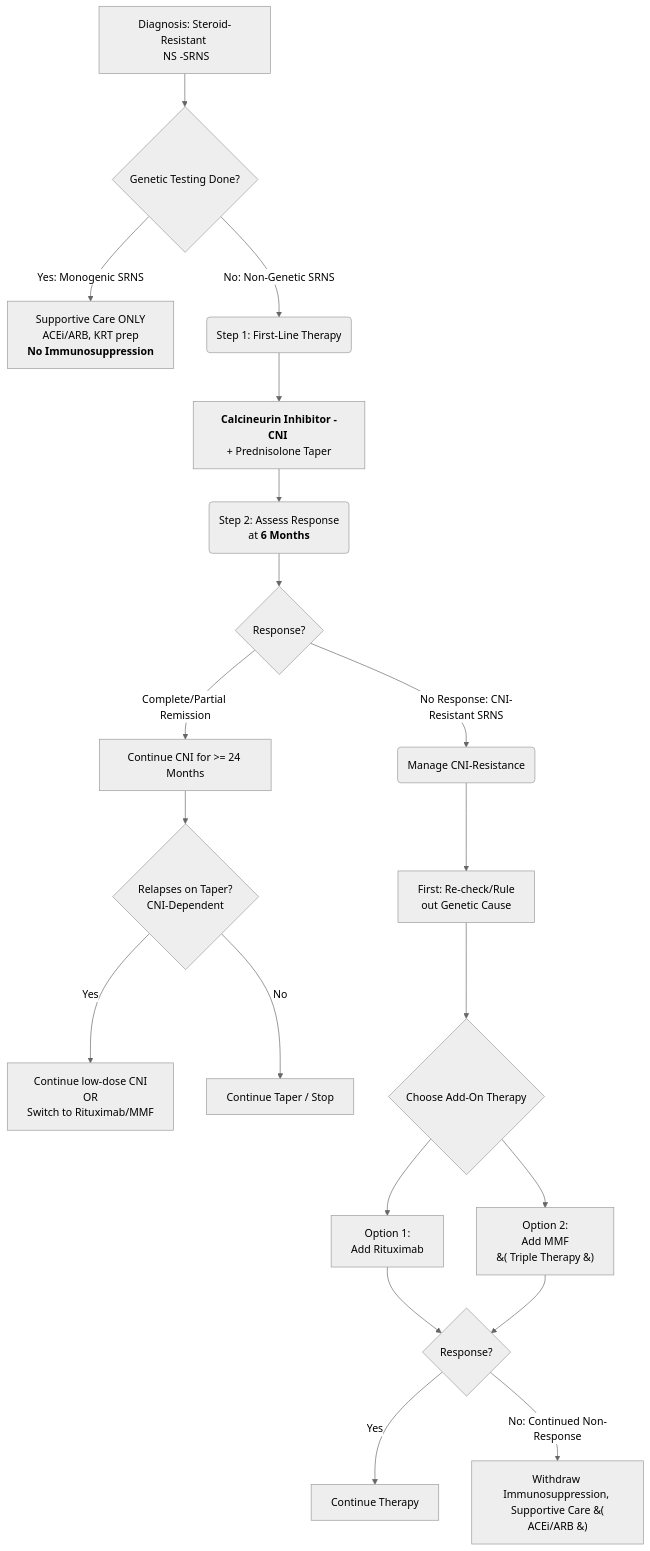
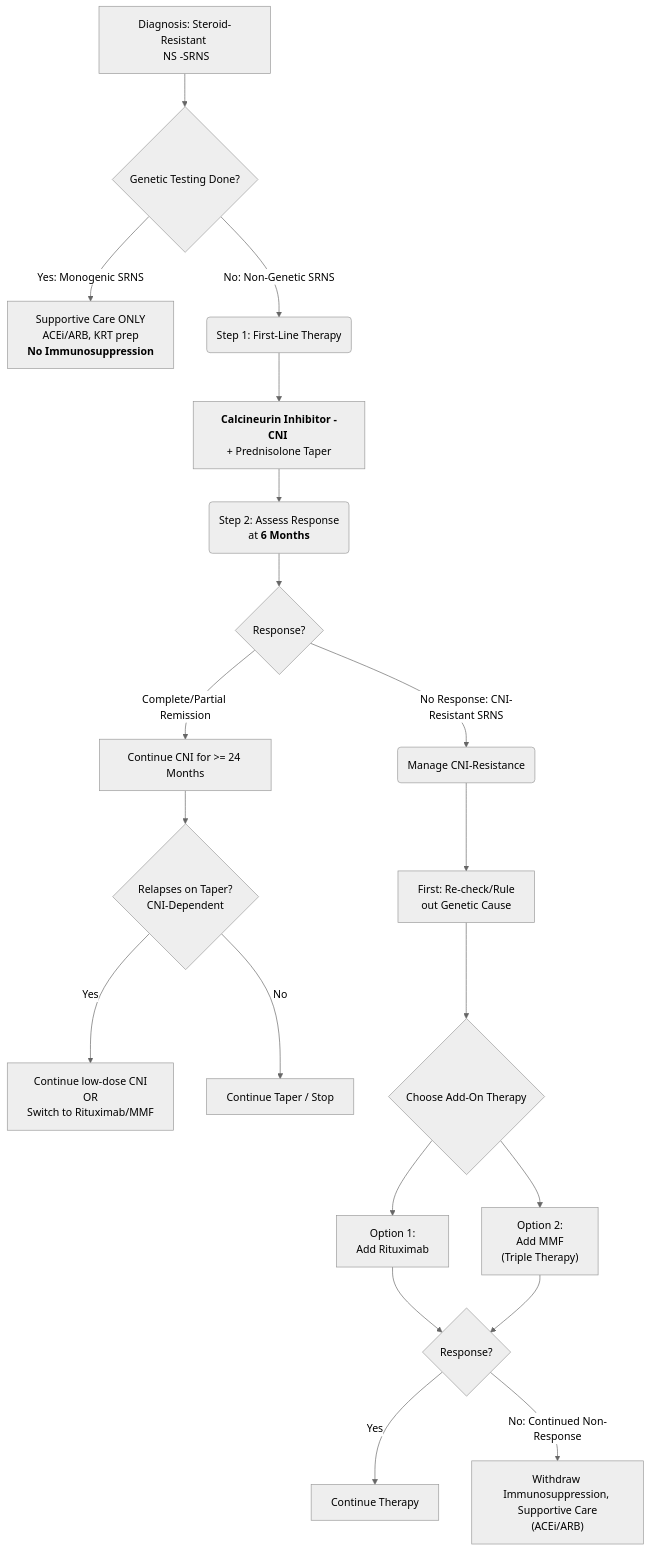
The second of 2 diagrams in src/site/notes/Nephrology/Nephrotic Syndrome.md (rubanbalaji-g/dnb-theory), drawn with Mermaid (neutral theme) before and after one commit.

Commit message:
Published multiple files

````diff
--- a/src/site/notes/Nephrology/Nephrotic Syndrome.md
+++ b/src/site/notes/Nephrology/Nephrotic Syndrome.md
@@ -147,22 +147,22 @@
 ```mermaid
 graph TD
     A[Diagnosis: Steroid-Resistant <br> NS -SRNS] --> B{Genetic Testing Done?};
     B -- Yes: Monogenic SRNS --> C[Supportive Care ONLY <br>ACEi/ARB, KRT prep <br> <b>No Immunosuppression</b>];
     B -- No: Non-Genetic SRNS --> D(Step 1: First-Line Therapy);
     D --> E[<b>Calcineurin Inhibitor -CNI</b> <br>+ Prednisolone Taper];
     E --> F(Step 2: Assess Response <br>at <b>6 Months</b>);
     F --> G{Response?};
     G -- Complete/Partial Remission --> H[Continue CNI for >= 24 Months];
     H --> I{Relapses on Taper? <br>CNI-Dependent};
     I -- Yes --> J[Continue low-dose CNI <br>OR<br> Switch to Rituximab/MMF];
     I -- No --> K[Continue Taper / Stop];
     G -- No Response: CNI-Resistant SRNS --> L(Manage CNI-Resistance);
     L --> M[First: Re-check/Rule <br>out Genetic Cause];
     M --> N{Choose Add-On Therapy};
     N --> O[Option 1: <br>Add Rituximab];
-    N --> P[Option 2: <br>Add MMF <br>&#40; Triple Therapy &#41;];
+    N --> P[Option 2: <br>Add MMF <br>#40;Triple Therapy#41;];
     O --> Q{Response?};
     P --> Q;
     Q -- Yes --> R[Continue Therapy];
-    Q -- No: Continued Non-Response --> S[Withdraw Immunosuppression, <br> Supportive Care &#40; ACEi/ARB &#41;];
+    Q -- No: Continued Non-Response --> S[Withdraw Immunosuppression, <br> Supportive Care #40;ACEi/ARB#41;];
 ```
````
